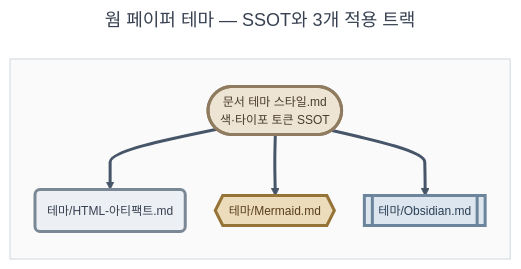
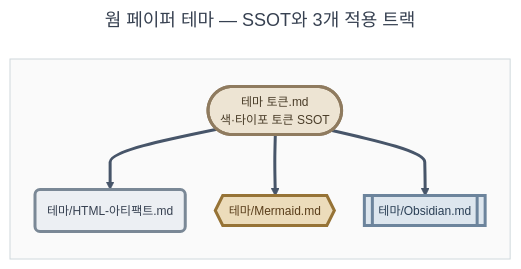
Before and after one commit to eskim-todoc/claude: the diagram in 지침/문서/테마 토큰.md, drawn with Mermaid. The commit also changed other lines of this file and 14 other files, not shown here.

````diff
--- a/지침/문서/테마 토큰.md
+++ b/지침/문서/테마 토큰.md
@@ -158,52 +158,52 @@
 ```mermaid
 ---
 title: "웜 페이퍼 테마 — SSOT와 3개 적용 트랙"
 config:
   theme: base
   themeVariables:
     darkMode: false
     background: "#fafafa"
     primaryColor: "#eef0f3"
     primaryTextColor: "#374151"
     primaryBorderColor: "#7a8896"
     lineColor: "#475569"
     fontFamily: "Pretendard, Apple SD Gothic Neo, sans-serif"
     fontSize: "12px"
     clusterBkg: "#fafafa"
     clusterBorder: "#cfd8dc"
     edgeLabelBackground: "#ffffff"
   flowchart:
     curve: monotoneY
     nodeSpacing: 30
     rankSpacing: 30
     padding: 12
     htmlLabels: true
 ---
 flowchart TD
     subgraph canvas [" "]
         direction TB
 
-        SSOT(["문서 테마 스타일.md<br/>색·타이포 토큰 SSOT"])
+        SSOT(["테마 토큰.md<br/>색·타이포 토큰 SSOT"])
         TrackHtml("테마/HTML-아티팩트.md")
         TrackMmd{{"테마/Mermaid.md"}}
         TrackObs[["테마/Obsidian.md"]]
 
         SSOT ==> TrackHtml
         SSOT ==> TrackMmd
         SSOT ==> TrackObs
 
         classDef terminal fill:#ede4d3,stroke:#8f7b5f,stroke-width:3px,color:#4a3d29
         classDef step     fill:#eceff3,stroke:#7a8896,stroke-width:3px,color:#374151
         classDef io       fill:#dde6ee,stroke:#6c849c,stroke-width:3px,color:#2a3f55
         classDef trigger  fill:#ecdcbb,stroke:#967336,stroke-width:3px,color:#5a3e1b
 
         class SSOT terminal
         class TrackHtml step
         class TrackMmd trigger
         class TrackObs io
 
         linkStyle default stroke-width:3px
     end
 
     style canvas fill:#fafafa,stroke:#cfd8dc,stroke-width:1px
 ```
````
